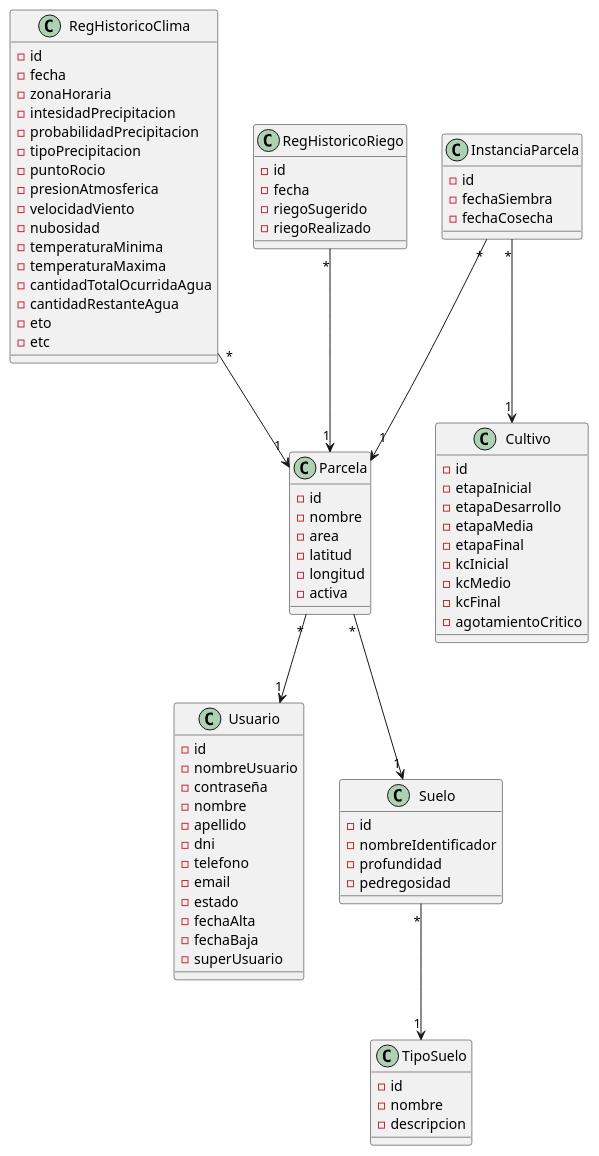
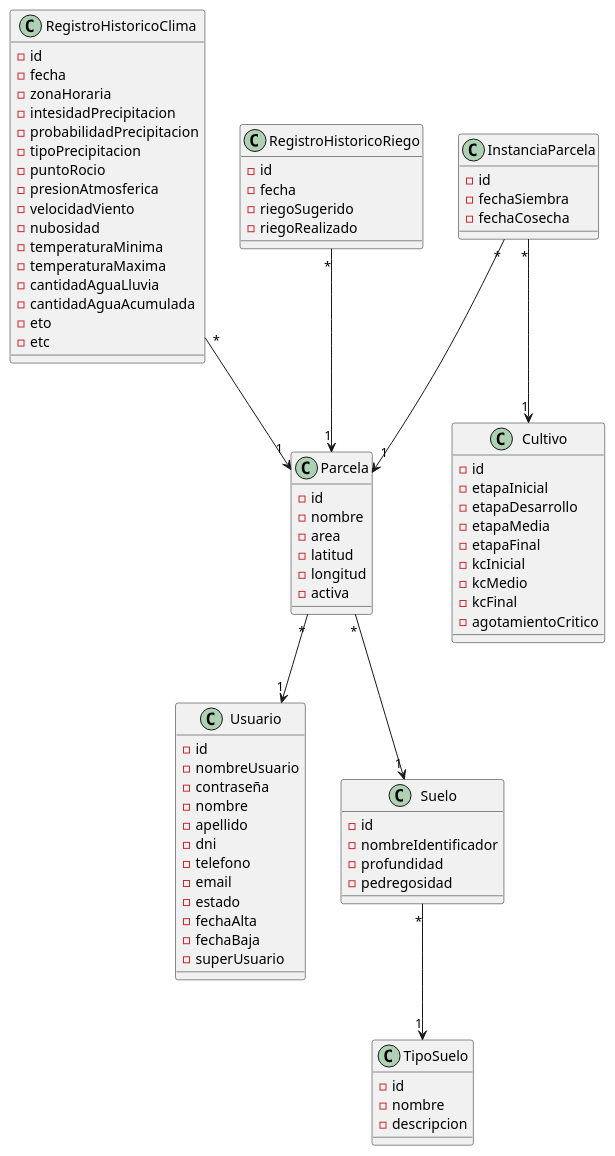
Before and after one commit to FacuDeveloper/Sistema-de-riego: the diagram in Modelo de dominio/Modelo de dominio.pu, drawn with PlantUML. The commit also changed 1 other file, not shown here.

```diff
--- a/Modelo de dominio/Modelo de dominio.pu
+++ b/Modelo de dominio/Modelo de dominio.pu
@@ -1,92 +1,92 @@
 @startuml
 
 Parcela "*"-->"1" Usuario
 Parcela "*"-->"1" Suelo
-RegHistoricoClima "*"-->"1" Parcela
-RegHistoricoRiego "*"-->"1" Parcela
+RegistroHistoricoClima "*"-->"1" Parcela
+RegistroHistoricoRiego "*"-->"1" Parcela
 InstanciaParcela "*"-->"1" Parcela
 InstanciaParcela "*"-->"1" Cultivo
 Suelo "*"-->"1" TipoSuelo
 
 class Parcela {
 -id
 -nombre
 -area
 -latitud
 -longitud
 -activa
 }
 
 class Suelo {
 -id
 -nombreIdentificador
 -profundidad
 -pedregosidad
 }
 
 class Cultivo {
 -id
 -etapaInicial
 -etapaDesarrollo
 -etapaMedia
 -etapaFinal
 -kcInicial
 -kcMedio
 -kcFinal
 -agotamientoCritico
 }
 
 class TipoSuelo {
 -id
 -nombre
 -descripcion
 }
 
-class RegHistoricoClima {
+class RegistroHistoricoClima {
 -id
 -fecha
 -zonaHoraria
 -intesidadPrecipitacion
 -probabilidadPrecipitacion
 -tipoPrecipitacion
 -puntoRocio
 -presionAtmosferica
 -velocidadViento
 -nubosidad
 -temperaturaMinima
 -temperaturaMaxima
--cantidadTotalOcurridaAgua
--cantidadRestanteAgua
+-cantidadAguaLluvia
+-cantidadAguaAcumulada
 -eto
 -etc
 }
 
 class InstanciaParcela {
 -id
 -fechaSiembra
 -fechaCosecha
 }
 
-class RegHistoricoRiego {
+class RegistroHistoricoRiego {
 -id
 -fecha
 -riegoSugerido
 -riegoRealizado
 }
 
 class Usuario {
 -id
 -nombreUsuario
 -contraseña
 -nombre
 -apellido
 -dni
 -telefono
 -email
 -estado
 -fechaAlta
 -fechaBaja
 -superUsuario
 }
 
 @enduml
```
